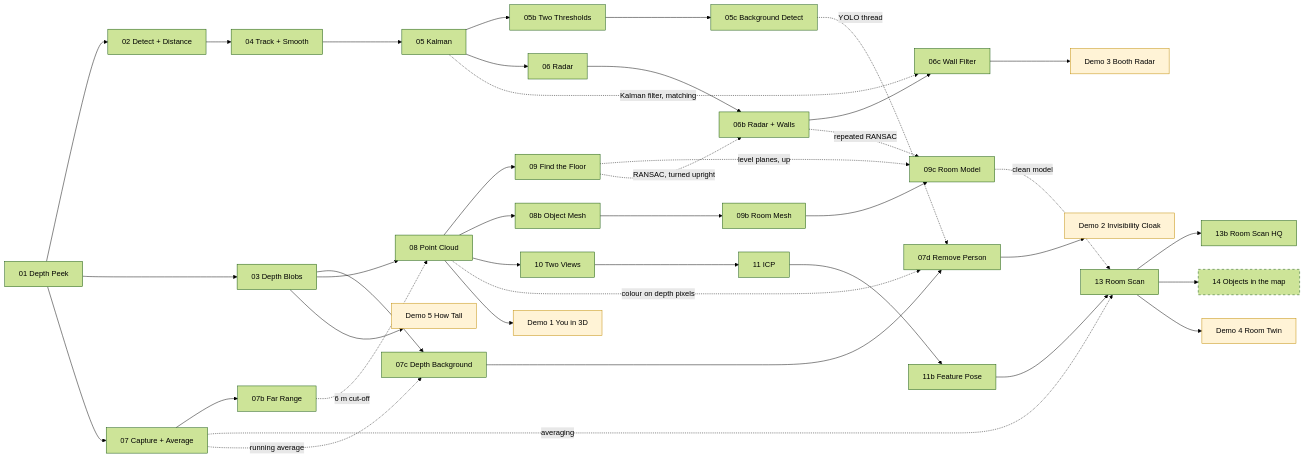
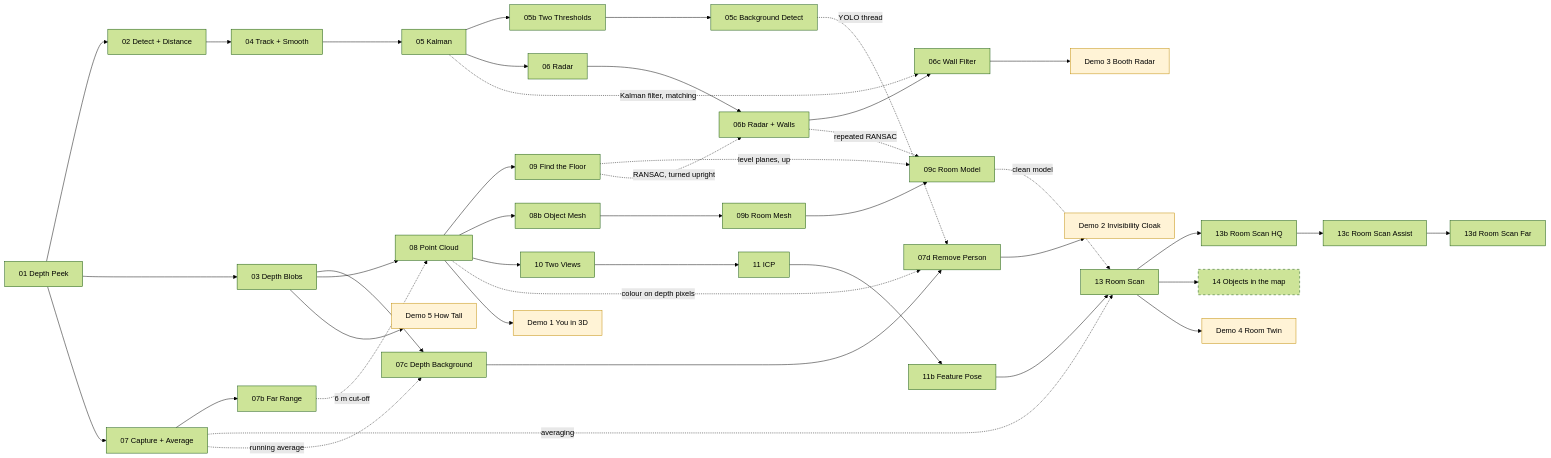
The first of 27 diagrams in exercises/cpp/EXAMPLES.md (Kramav/Spotter), drawn with Mermaid (forest theme) before and after one commit. The commit also changed other lines of this file and 10 other files, not shown here.

````diff
--- a/exercises/cpp/EXAMPLES.md
+++ b/exercises/cpp/EXAMPLES.md
@@ -14,36 +14,36 @@
 ```mermaid
 flowchart LR
     E01["01 Depth Peek"] --> E02["02 Detect + Distance"] --> E04["04 Track + Smooth"] --> E05["05 Kalman"]
     E05 --> E05b["05b Two Thresholds"] --> E05c["05c Background Detect"]
     E05 --> E06["06 Radar"] --> E06b["06b Radar + Walls"] --> E06c["06c Wall Filter"]
     E01 --> E03["03 Depth Blobs"] --> E07c["07c Depth Background"] --> E07d["07d Remove Person"]
     E01 --> E07["07 Capture + Average"] --> E07b["07b Far Range"]
     E03 --> E08["08 Point Cloud"]
     E08 --> E09["09 Find the Floor"]
     E08 --> E08b["08b Object Mesh"] --> E09b["09b Room Mesh"] --> E09c["09c Room Model"]
     E09 -.->|level planes, up| E09c
     E06b -.->|repeated RANSAC| E09c
     E08 --> E10["10 Two Views"] --> E11["11 ICP"] --> E11b["11b Feature Pose"] --> E13["13 Room Scan"]
     E09c -.->|clean model| E13
     E07 -.->|averaging| E13
     E07 -.->|running average| E07c
     E05c -.->|YOLO thread| E07d
     E08 -.->|colour on depth pixels| E07d
     E07b -.->|6 m cut-off| E08
     E09 -.->|RANSAC, turned upright| E06b
     E05 -.->|Kalman filter, matching| E06c
 
-    E13 --> E13b["13b Room Scan HQ"]
+    E13 --> E13b["13b Room Scan HQ"] --> E13c["13c Room Scan Assist"] --> E13d["13d Room Scan Far"]
     E13 --> E14["14 Objects in the map"]
 
     E08 --> D1["Demo 1 You in 3D"]
     E07d --> D2["Demo 2 Invisibility Cloak"]
     E06c --> D3["Demo 3 Booth Radar"]
     E13 --> D4["Demo 4 Room Twin"]
     E03 --> D5["Demo 5 How Tall"]
 
     classDef planned stroke-dasharray: 5 5
     class E14 planned
     classDef demo fill:#fff3d6,stroke:#c08a00
     class D1,D2,D3,D4,D5 demo
 ```
````
